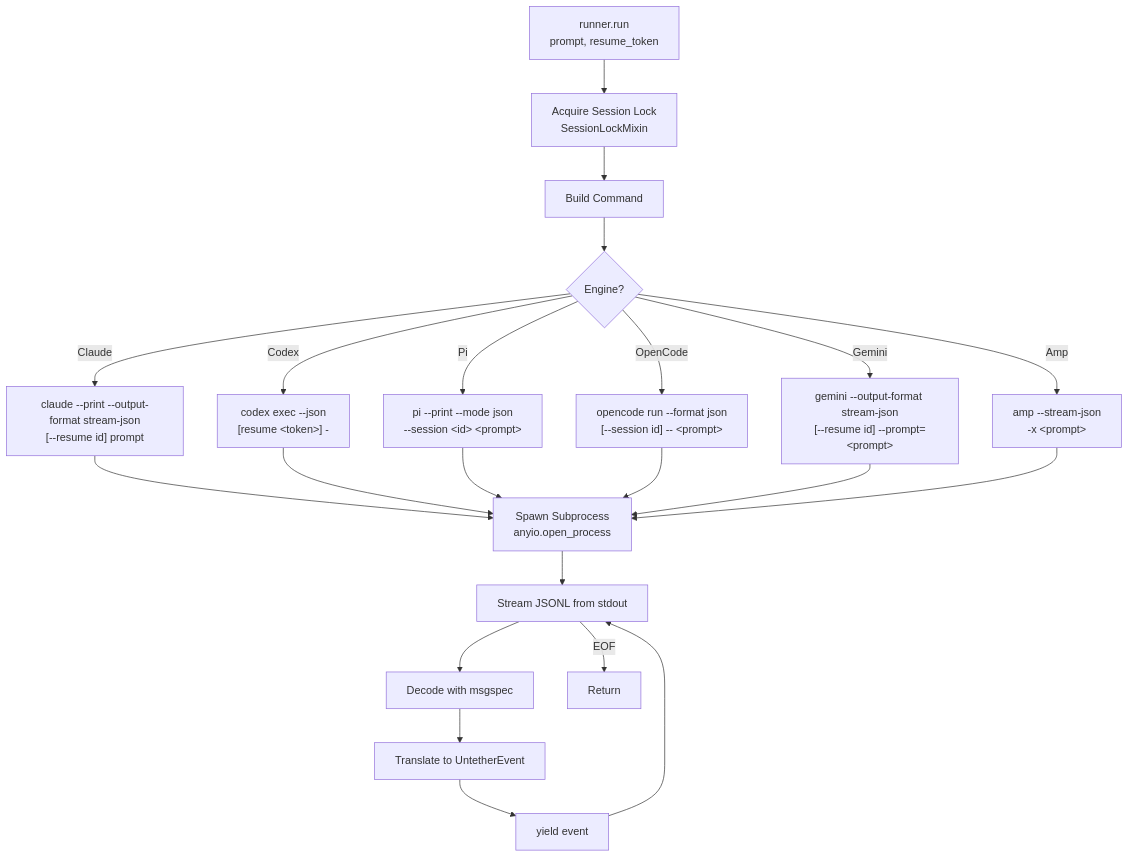
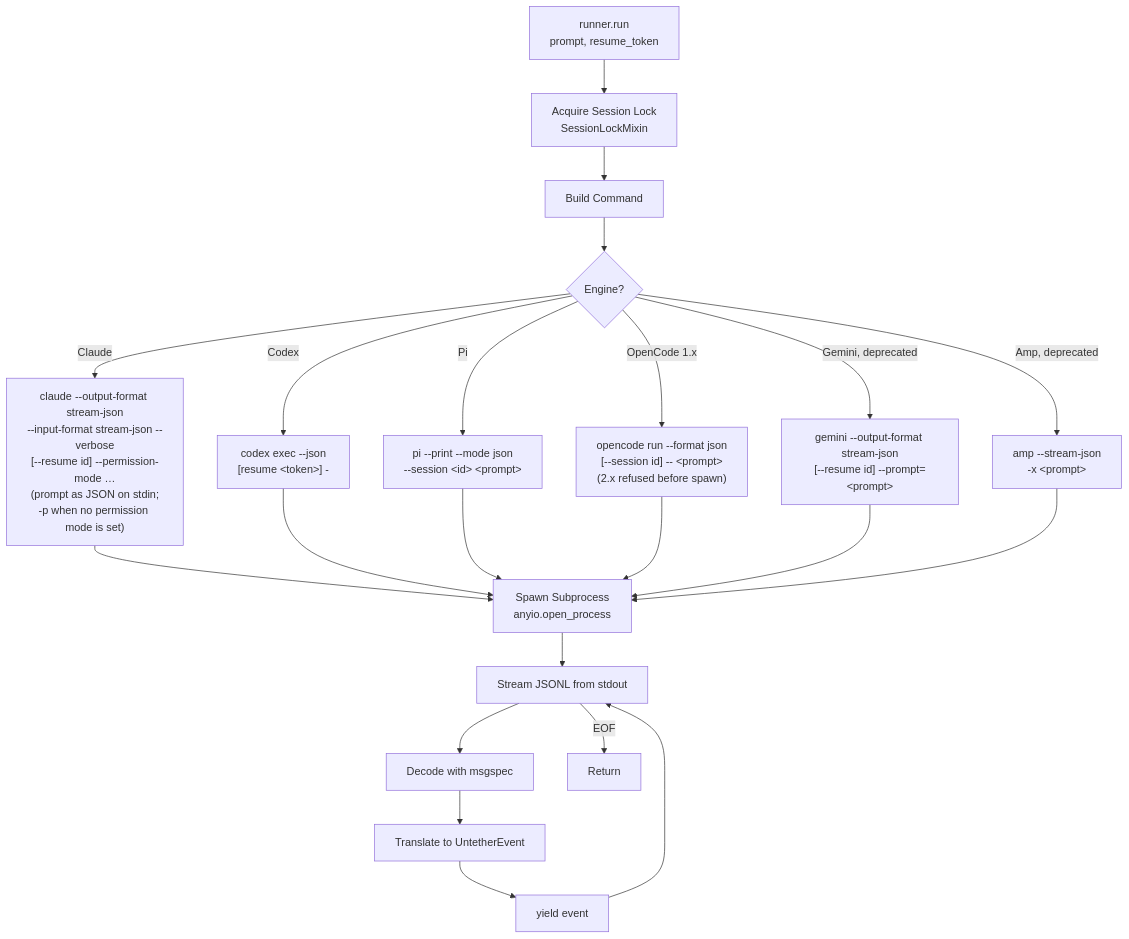
Before and after one commit to littlebearapps/untether: the fourth of 9 diagrams in docs/explanation/architecture.md, drawn with Mermaid. The commit also changed other lines of this file and 409 other files, not shown here.

````diff
--- a/docs/explanation/architecture.md
+++ b/docs/explanation/architecture.md
@@ -217,30 +217,30 @@
 ```mermaid
 flowchart TD
     A[runner.run\nprompt, resume_token] --> B[Acquire Session Lock<br/>SessionLockMixin]
 
     B --> C[Build Command]
 
     C --> D{Engine?}
-    D -->|Claude| D1["claude --print --output-format stream-json<br/>[--resume id] prompt"]
+    D -->|Claude| D1["claude --output-format stream-json<br/>--input-format stream-json --verbose<br/>[--resume id] --permission-mode …<br/>(prompt as JSON on stdin;<br/>-p when no permission mode is set)"]
     D -->|Codex| D2["codex exec --json<br/>[resume &lt;token&gt;] -"]
     D -->|Pi| D3["pi --print --mode json<br/>--session &lt;id&gt; &lt;prompt&gt;"]
-    D -->|OpenCode| D4["opencode run --format json<br/>[--session id] -- &lt;prompt&gt;"]
-    D -->|Gemini| D5["gemini --output-format stream-json<br/>[--resume id] --prompt=&lt;prompt&gt;"]
-    D -->|Amp| D6["amp --stream-json<br/>-x &lt;prompt&gt;"]
+    D -->|OpenCode 1.x| D4["opencode run --format json<br/>[--session id] -- &lt;prompt&gt;<br/>(2.x refused before spawn)"]
+    D -->|Gemini, deprecated| D5["gemini --output-format stream-json<br/>[--resume id] --prompt=&lt;prompt&gt;"]
+    D -->|Amp, deprecated| D6["amp --stream-json<br/>-x &lt;prompt&gt;"]
 
     D1 --> E[Spawn Subprocess<br/>anyio.open_process]
     D2 --> E
     D3 --> E
     D4 --> E
     D5 --> E
     D6 --> E
 
     E --> F[Stream JSONL from stdout]
 
     F --> G[Decode with msgspec]
     G --> H[Translate to UntetherEvent]
     H --> I[yield event]
     I --> F
 
     F -->|EOF| J[Return]
 ```
````
